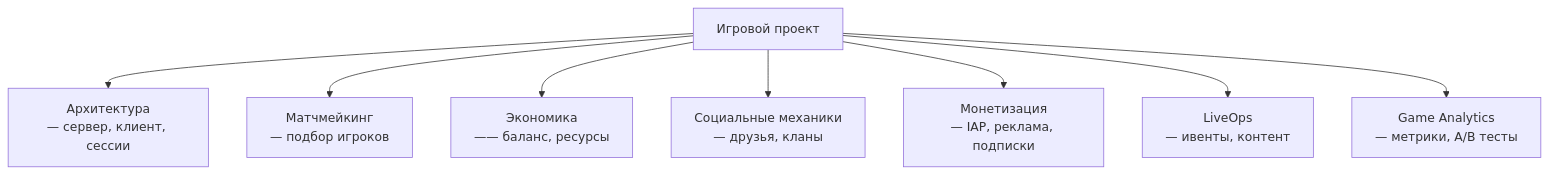
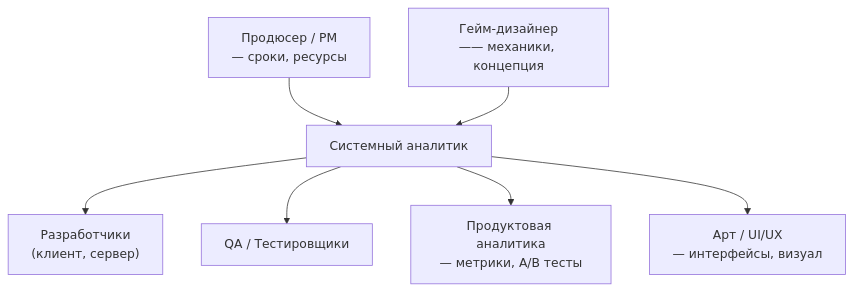
Before and after one commit to sergeyodnoval-bot/sysanalyst-kb.github.io: the diagram in docs/specialization/gamedev-path.md, drawn with Mermaid. The commit also changed other lines of this file and 7 other files, not shown here.

````diff
--- a/docs/specialization/gamedev-path.md
+++ b/docs/specialization/gamedev-path.md
@@ -22,11 +59,9 @@
 ```mermaid
 flowchart TD
-    GAME["Игровой проект"]
-    GAME --> ARCH["Архитектура<br/>— сервер, клиент, сессии"]
-    GAME --> MATCH["Матчмейкинг<br/>— подбор игроков"]
-    GAME --> ECON["Экономика<br/>—— баланс, ресурсы"]
-    GAME --> SOC["Социальные механики<br/>— друзья, кланы"]
-    GAME --> MON["Монетизация<br/>— IAP, реклама, подписки"]
-    GAME --> LOPS["LiveOps<br/>— ивенты, контент"]
-    GAME --> ANALYTICS["Game Analytics<br/>— метрики, A/B тесты"]
+    PD["Продюсер / PM<br/>— сроки, ресурсы"] --> SA["Системный аналитик"]
+    GD["Гейм-дизайнер<br/>—— механики, концепция"] --> SA
+    SA --> DEV["Разработчики<br/>(клиент, сервер)"]
+    SA --> QA["QA / Тестировщики"]
+    SA --> BA["Продуктовая аналитика<br/>— метрики, A/B тесты"]
+    SA --> ART["Арт / UI/UX<br/>— интерфейсы, визуал"]
 ```
````
